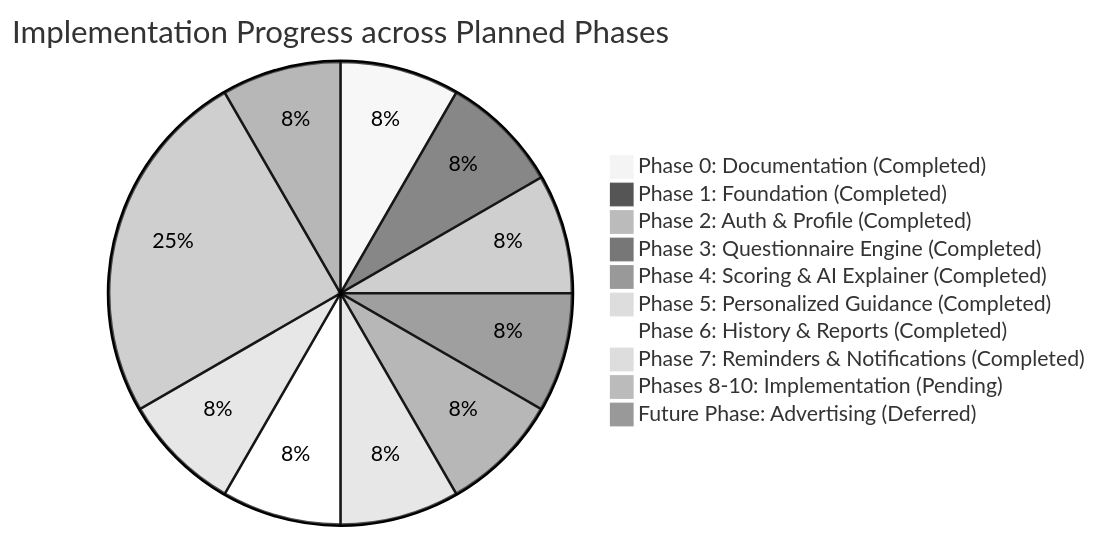
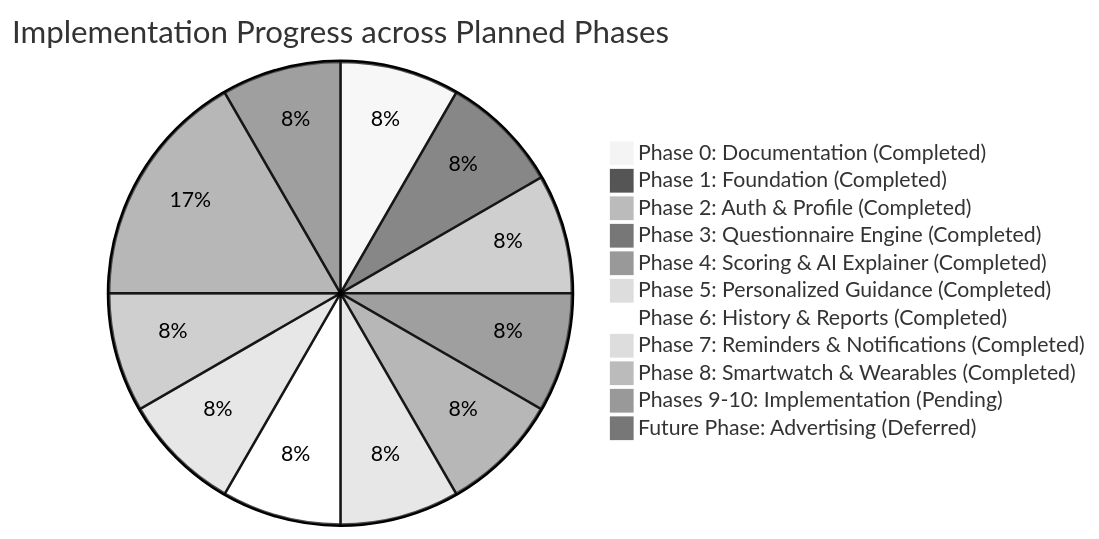
Before and after one commit to SatyamKumar-code/VitaTrack-App: the diagram in docs/AI_PROGRESS.md, drawn with Mermaid (neutral theme). The commit also changed other lines of this file and 32 other files, not shown here.

````diff
--- a/docs/AI_PROGRESS.md
+++ b/docs/AI_PROGRESS.md
@@ -24,13 +24,14 @@
 ```mermaid
 pie title Implementation Progress across Planned Phases
     "Phase 0: Documentation (Completed)" : 1
     "Phase 1: Foundation (Completed)" : 1
     "Phase 2: Auth & Profile (Completed)" : 1
     "Phase 3: Questionnaire Engine (Completed)" : 1
     "Phase 4: Scoring & AI Explainer (Completed)" : 1
     "Phase 5: Personalized Guidance (Completed)" : 1
     "Phase 6: History & Reports (Completed)" : 1
     "Phase 7: Reminders & Notifications (Completed)" : 1
-    "Phases 8-10: Implementation (Pending)" : 3
+    "Phase 8: Smartwatch & Wearables (Completed)" : 1
+    "Phases 9-10: Implementation (Pending)" : 2
     "Future Phase: Advertising (Deferred)" : 1
 ```
````
